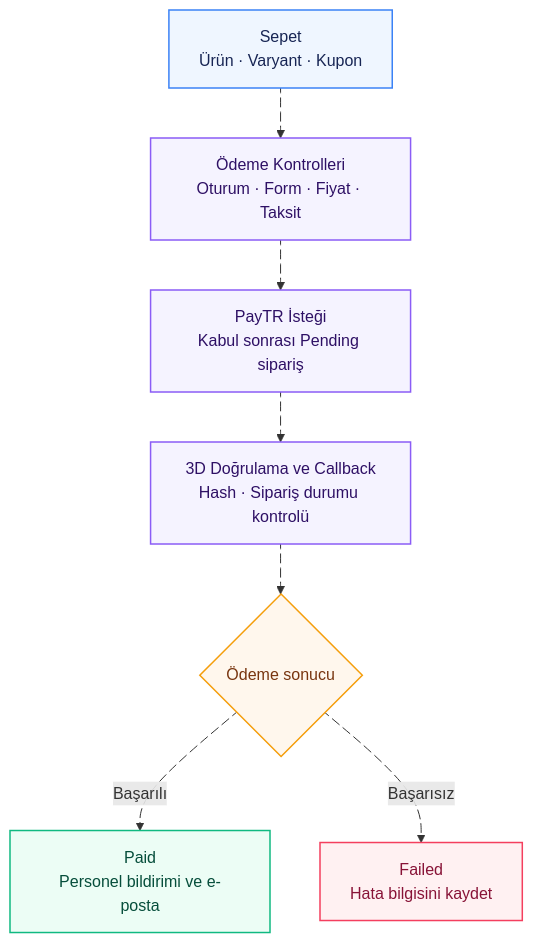
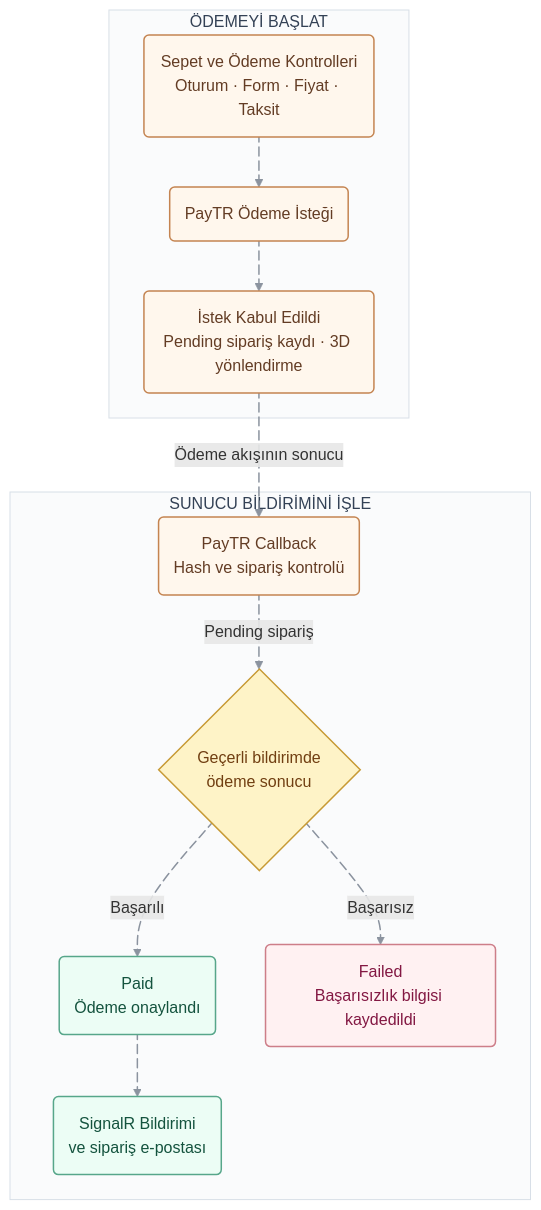
One commit to burakhanulusoy/MyAcademy_Bagery changed the second of 3 diagrams in README.md. Above: the diagram before and after it, drawn with Mermaid. The commit also changed other lines of this file, not shown here.

````diff
--- a/README.md
+++ b/README.md
@@ -245,34 +272,44 @@
 ```mermaid
 flowchart TB
-    A["Sepet<br/>Ürün · Varyant · Kupon"]
-    B["Ödeme Kontrolleri<br/>Oturum · Form · Fiyat · Taksit"]
-    C["PayTR İsteği<br/>Kabul sonrası Pending sipariş"]
-    D["3D Doğrulama ve Callback<br/>Hash · Sipariş durumu kontrolü"]
-    E{"Ödeme sonucu"}
-    F["Paid<br/>Personel bildirimi ve e-posta"]
-    G["Failed<br/>Hata bilgisini kaydet"]
-    A d1@--> B
-    B d2@--> C
-    C d3@--> D
-    D d4@--> E
-    E d5@-->|"Başarılı"| F
-    E d6@-->|"Başarısız"| G
-    class A entry;
-    class B,C,D process;
+    subgraph START["ÖDEMEYİ BAŞLAT"]
+        A("Sepet ve Ödeme Kontrolleri<br/>Oturum · Form · Fiyat · Taksit")
+        B("PayTR Ödeme İsteği")
+        C("İstek Kabul Edildi<br/>Pending sipariş kaydı · 3D yönlendirme")
+        A d1@--> B
+        B d2@--> C
+    end
+    subgraph RESULT["SUNUCU BİLDİRİMİNİ İŞLE"]
+        D("PayTR Callback<br/>Hash ve sipariş kontrolü")
+        E{"Geçerli bildirimde<br/>ödeme sonucu"}
+        F("Paid<br/>Ödeme onaylandı")
+        G("Failed<br/>Başarısızlık bilgisi kaydedildi")
+        H("SignalR Bildirimi<br/>ve sipariş e-postası")
+        D d4@-->|"Pending sipariş"| E
+        E d5@-->|"Başarılı"| F
+        E d6@-->|"Başarısız"| G
+        F d7@--> H
+    end
+    C d3@-->|"Ödeme akışının sonucu"| D
+    class A,B,C,D action;
     class E decision;
-    class F success;
+    class F,H success;
     class G failure;
+    style START fill:#FAFBFC,stroke:#D8DFE7,color:#334155
+    style RESULT fill:#FAFBFC,stroke:#D8DFE7,color:#334155
 
-    classDef entry fill:#EFF6FF,stroke:#3B82F6,color:#172554,stroke-width:1.5px;
-    classDef process fill:#F5F3FF,stroke:#8B5CF6,color:#2E1065,stroke-width:1.5px;
-    classDef success fill:#ECFDF5,stroke:#10B981,color:#064E3B,stroke-width:1.5px;
-    classDef decision fill:#FFF7ED,stroke:#F59E0B,color:#78350F,stroke-width:1.5px;
-    classDef failure fill:#FFF1F2,stroke:#F43F5E,color:#881337,stroke-width:1.5px;
+    classDef entry fill:#F1F5F9,stroke:#64748B,color:#0F172A,stroke-width:1.5px;
+    classDef action fill:#FFF7ED,stroke:#C48451,color:#633C24,stroke-width:1.5px;
+    classDef data fill:#EFF6FF,stroke:#7095B8,color:#173854,stroke-width:1.5px;
+    classDef decision fill:#FEF3C7,stroke:#C79A35,color:#713F12,stroke-width:1.5px;
+    classDef success fill:#ECFDF5,stroke:#57A68A,color:#14533E,stroke-width:1.5px;
+    classDef failure fill:#FFF1F2,stroke:#CD7E89,color:#831843,stroke-width:1.5px;
+    linkStyle default stroke:#8B939F,stroke-width:1.5px;
 
     d1@{ animation: slow }
     d2@{ animation: slow }
     d3@{ animation: slow }
     d4@{ animation: slow }
     d5@{ animation: slow }
     d6@{ animation: slow }
+    d7@{ animation: slow }
 ```
````
